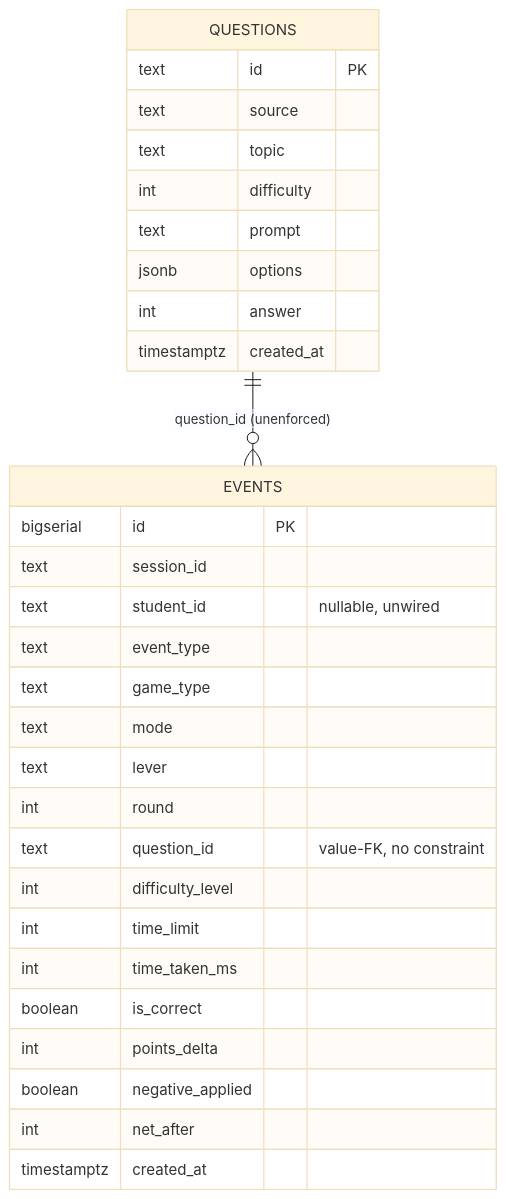
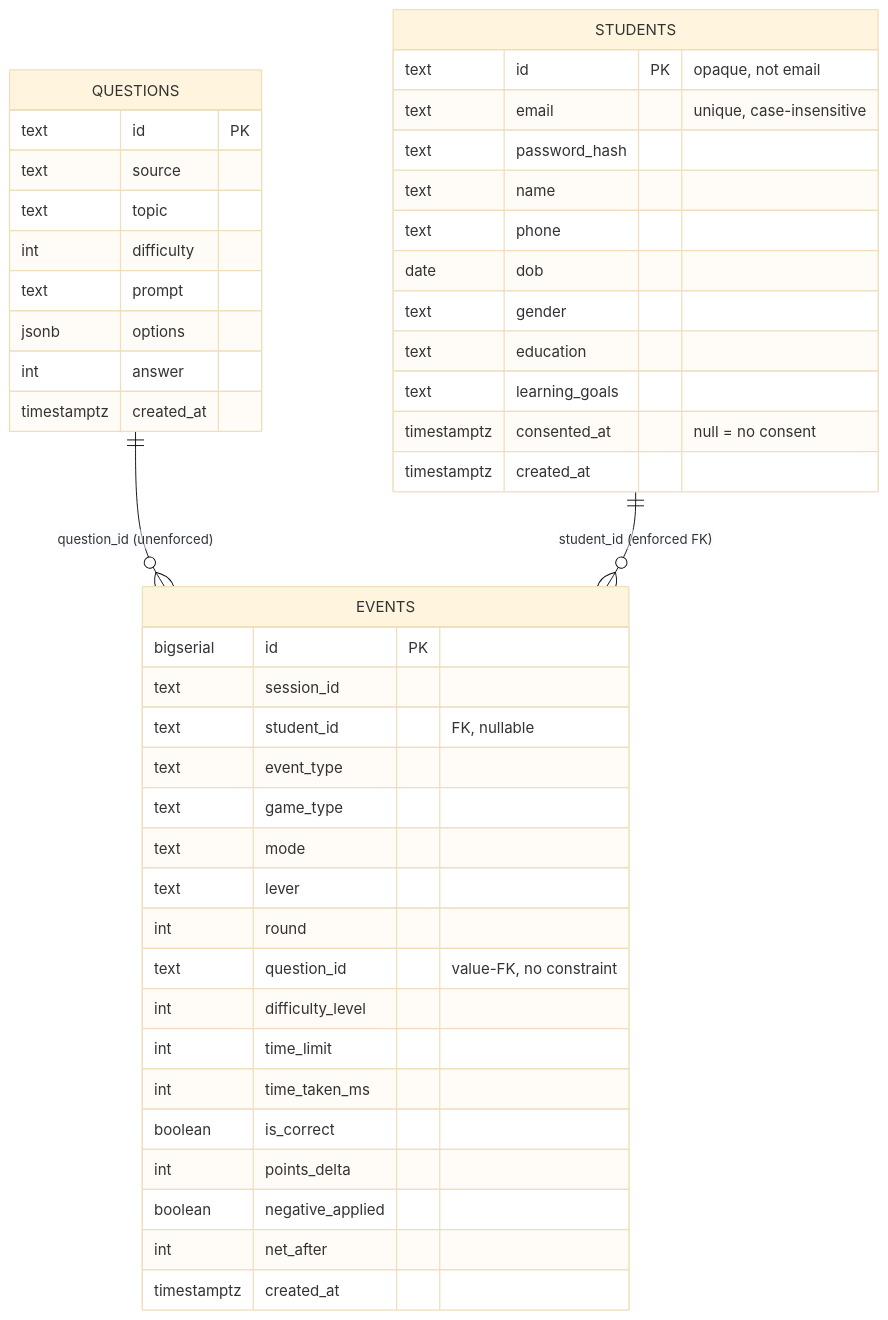
One commit to sumeet96/gamification-platform changed the diagram in docs/architecture/data-layer.md. Above: the diagram before and after it, drawn with Mermaid (base theme). The commit also changed other lines of this file and 19 other files, not shown here.

````diff
--- a/docs/architecture/data-layer.md
+++ b/docs/architecture/data-layer.md
@@ -75,33 +101,47 @@
 ```mermaid
 erDiagram
     QUESTIONS {
         text id PK
         text source
         text topic
         int difficulty
         text prompt
         jsonb options
         int answer
         timestamptz created_at
     }
+    STUDENTS {
+        text id PK "opaque, not email"
+        text email "unique, case-insensitive"
+        text password_hash
+        text name
+        text phone
+        date dob
+        text gender
+        text education
+        text learning_goals
+        timestamptz consented_at "null = no consent"
+        timestamptz created_at
+    }
     EVENTS {
         bigserial id PK
         text session_id
-        text student_id "nullable, unwired"
+        text student_id "FK, nullable"
         text event_type
         text game_type
         text mode
         text lever
         int round
         text question_id "value-FK, no constraint"
         int difficulty_level
         int time_limit
         int time_taken_ms
         boolean is_correct
         int points_delta
         boolean negative_applied
         int net_after
         timestamptz created_at
     }
     QUESTIONS ||--o{ EVENTS : "question_id (unenforced)"
+    STUDENTS ||--o{ EVENTS : "student_id (enforced FK)"
 ```
````
